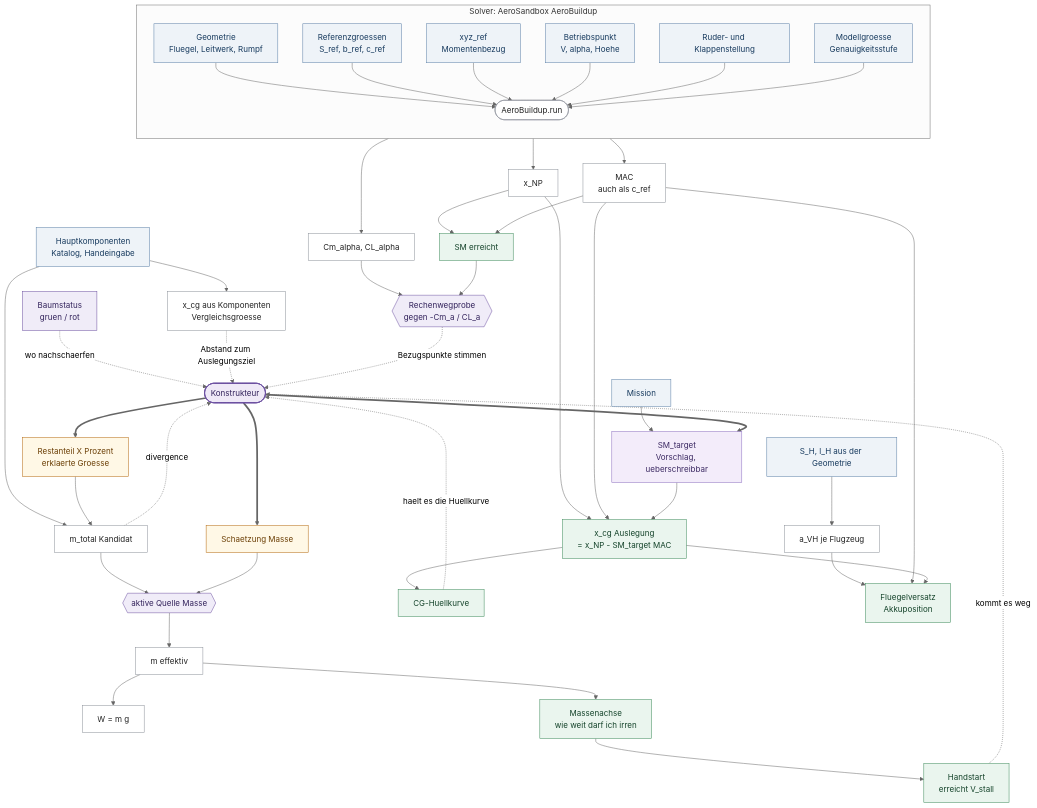
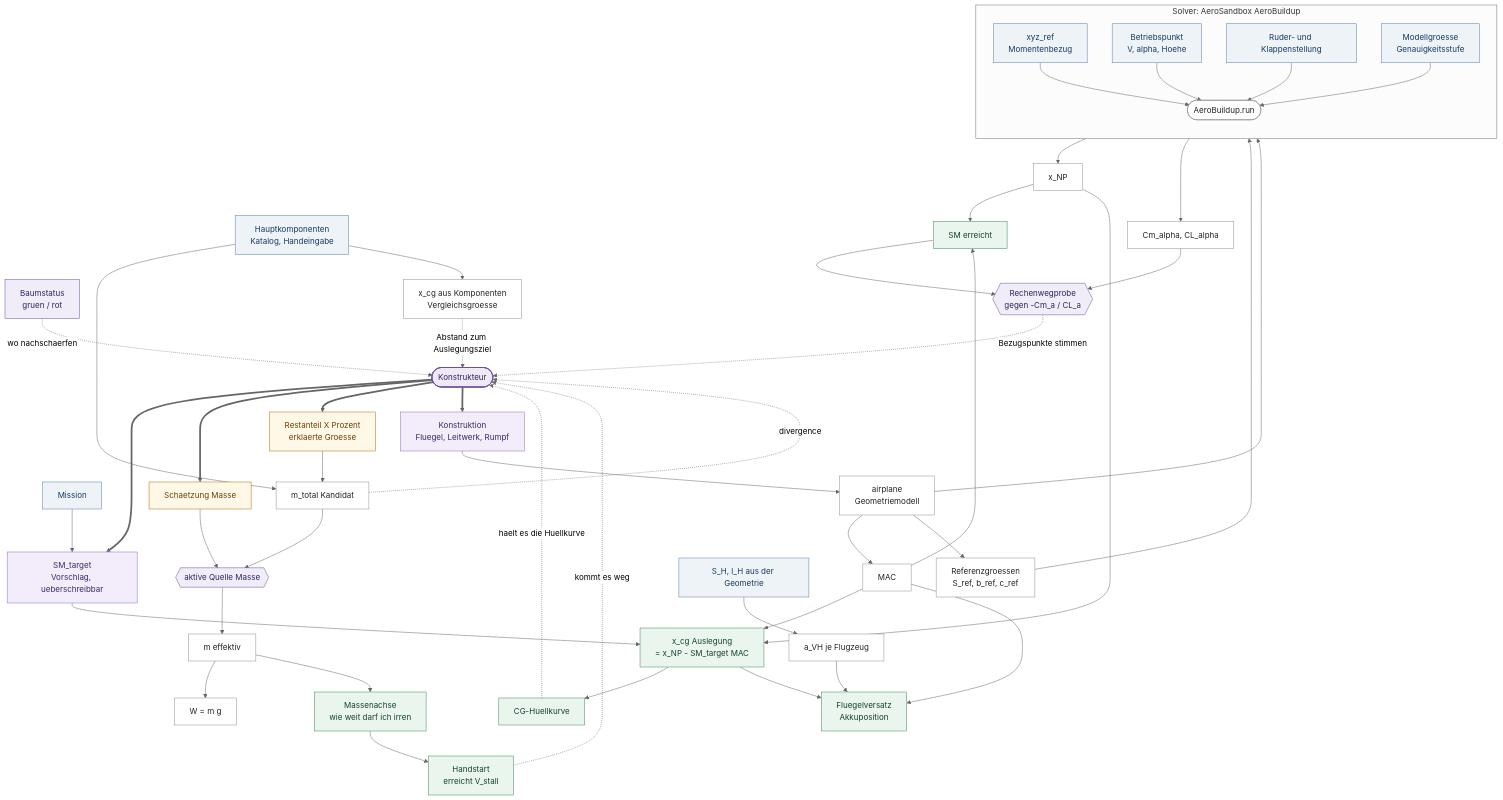
Before and after one commit to szymansk/da3Dalus: the second of 2 diagrams in _reversa_sdd/calculations/canon/PFAD3.md, drawn with Mermaid (neutral theme). The commit also changed other lines of this file and 1 other file, not shown here.

First line of the commit message:
docs(spec): reference quantities follow from the geometry, and MAC is not a solver output

```diff
--- a/_reversa_sdd/calculations/canon/PFAD3.md
+++ b/_reversa_sdd/calculations/canon/PFAD3.md
@@ -445,17 +445,18 @@
   MEFF["m effektiv"]:::drv
   W["W = m g"]:::drv
 
+  KONSTR["Konstruktion<br/>Fluegel, Leitwerk, Rumpf"]:::choice
+  GEO["airplane<br/>Geometriemodell"]:::drv
+  MAC["MAC"]:::drv
+  REFQ["Referenzgroessen<br/>S_ref, b_ref, c_ref"]:::drv
+
   subgraph SOLVER["Solver: AeroSandbox AeroBuildup"]
     direction TB
-    GEO["Geometrie<br/>Fluegel, Leitwerk, Rumpf"]:::inp
-    REFQ["Referenzgroessen<br/>S_ref, b_ref, c_ref"]:::inp
     XYZ["xyz_ref<br/>Momentenbezug"]:::inp
     OP["Betriebspunkt<br/>V, alpha, Hoehe"]:::inp
     CTRL["Ruder- und Klappenstellung"]:::inp
     FID["Modellgroesse<br/>Genauigkeitsstufe"]:::inp
     RUN(["AeroBuildup.run"]):::drv
-    GEO --> RUN
-    REFQ --> RUN
     XYZ --> RUN
     OP --> RUN
     CTRL --> RUN
@@ -463,7 +464,6 @@
   end
   XNP["x_NP"]:::drv
   CMA["Cm_alpha, CL_alpha"]:::drv
-  MAC["MAC<br/>auch als c_ref"]:::drv
   SM["SM erreicht"]:::out
   RT{{"Rechenwegprobe<br/>gegen -Cm_a / CL_a"}}:::chk
   CGD["x_cg Auslegung<br/>= x_NP - SM_target MAC"]:::out
@@ -491,9 +491,14 @@
 
   KOMP --> CGK
 
+  DES ==> KONSTR --> GEO
+  GEO --> MAC
+  GEO --> REFQ
+  GEO --> RUN
+  REFQ --> RUN
   RUN --> XNP --> SM
   RUN --> CMA
-  RUN --> MAC --> SM
+  MAC --> SM
   CMA --> RT
   SM --> RT
   XNP --> CGD
```
